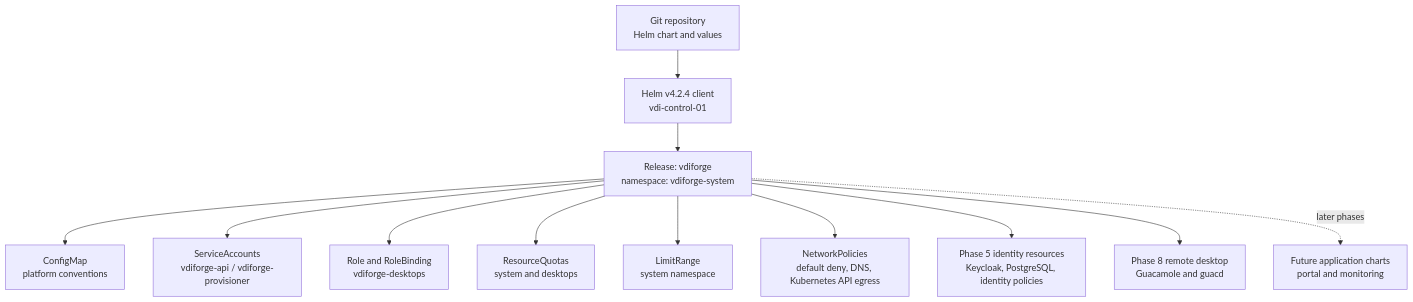
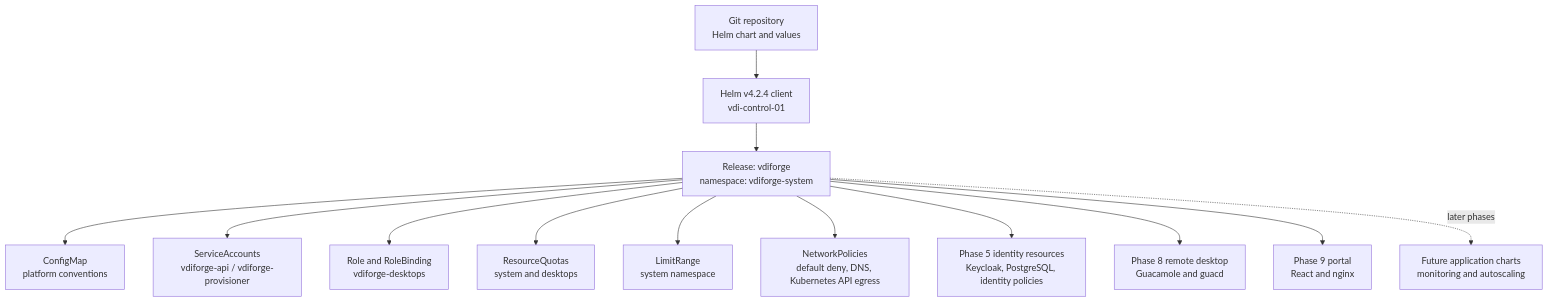
The fifth of 13 diagrams in docs/ARCHITECTURE.md (happelj/VDIForge), drawn with Mermaid before and after one commit. The commit also changed other lines of this file and 74 other files, not shown here.

Commit message:
feat: add React self-service portal

````diff
--- a/docs/ARCHITECTURE.md
+++ b/docs/ARCHITECTURE.md
@@ -154,27 +154,29 @@
 ```mermaid
 flowchart TB
   Git[Git repository<br/>Helm chart and values]
   Helm[Helm v4.2.4 client<br/>vdi-control-01]
   Release[Release: vdiforge<br/>namespace: vdiforge-system]
   CM[ConfigMap<br/>platform conventions]
   SA[ServiceAccounts<br/>vdiforge-api / vdiforge-provisioner]
   RBAC[Role and RoleBinding<br/>vdiforge-desktops]
   Quota[ResourceQuotas<br/>system and desktops]
   Limit[LimitRange<br/>system namespace]
   NP[NetworkPolicies<br/>default deny, DNS, Kubernetes API egress]
   Identity[Phase 5 identity resources<br/>Keycloak, PostgreSQL, identity policies]
   Remote[Phase 8 remote desktop<br/>Guacamole and guacd]
-  Future[Future application charts<br/>portal and monitoring]
+  Portal[Phase 9 portal<br/>React and nginx]
+  Future[Future application charts<br/>monitoring and autoscaling]
 
   Git --> Helm
   Helm --> Release
   Release --> CM
   Release --> SA
   Release --> RBAC
   Release --> Quota
   Release --> Limit
   Release --> NP
   Release --> Identity
   Release --> Remote
+  Release --> Portal
   Release -. later phases .-> Future
 ```
````
